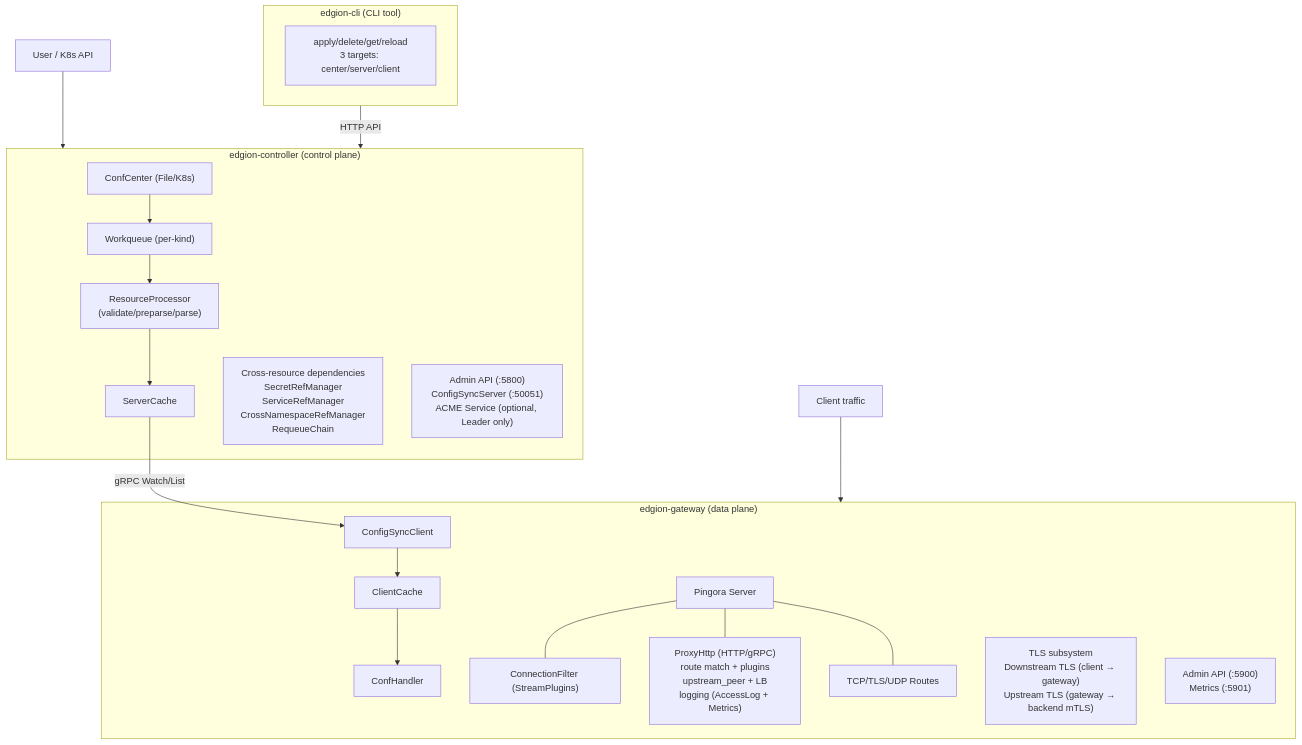
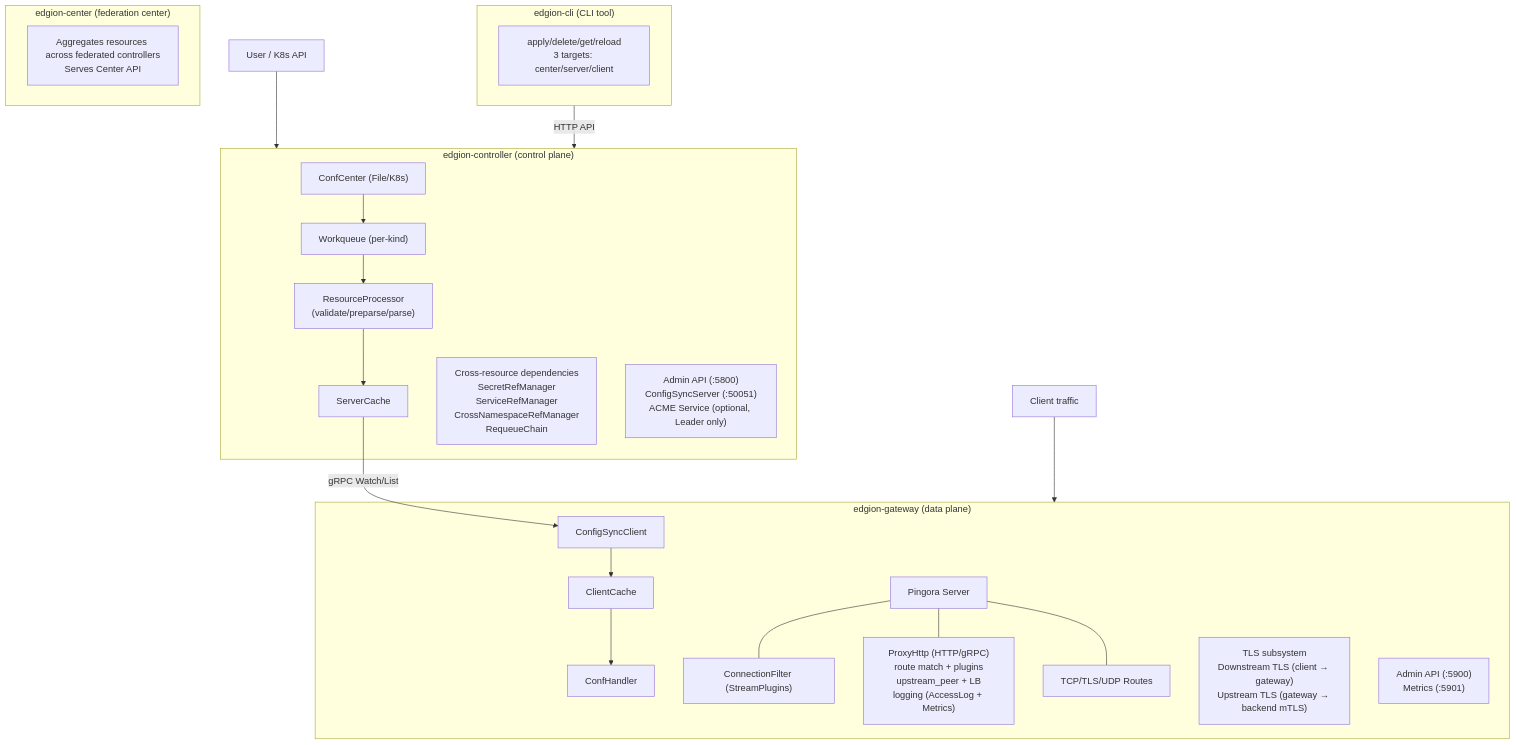
One commit to Pandaala/Edgion changed the diagram in skills/01-architecture/SKILL.md. Above: the diagram before and after it, drawn with Mermaid. The commit also changed other lines of this file and 97 other files, not shown here.

````diff
--- a/skills/01-architecture/SKILL.md
+++ b/skills/01-architecture/SKILL.md
@@ -14,34 +14,38 @@
 ```mermaid
 flowchart TD
     User["User / K8s API"] --> Controller
     Traffic["Client traffic"] --> Gateway
 
     subgraph Controller["edgion-controller (control plane)"]
         CC["ConfCenter (File/K8s)"] --> WQ["Workqueue (per-kind)"]
         WQ --> RP["ResourceProcessor\n(validate/preparse/parse)"]
         RP --> SC["ServerCache"]
         CrossRef["Cross-resource dependencies\nSecretRefManager\nServiceRefManager\nCrossNamespaceRefManager\nRequeueChain"]
         CtrlServices["Admin API (:5800)\nConfigSyncServer (:50051)\nACME Service (optional, Leader only)"]
     end
 
     SC -- "gRPC Watch/List" --> SyncClient
 
     subgraph Gateway["edgion-gateway (data plane)"]
         SyncClient["ConfigSyncClient"] --> ClientCache["ClientCache"] --> ConfHandler["ConfHandler"]
         PingoraServer["Pingora Server"]
         ConnFilter["ConnectionFilter (StreamPlugins)"]
         ProxyHttp["ProxyHttp (HTTP/gRPC)\nroute match + plugins\nupstream_peer + LB\nlogging (AccessLog + Metrics)"]
         StreamRoutes["TCP/TLS/UDP Routes"]
         PingoraServer --- ConnFilter
         PingoraServer --- ProxyHttp
         PingoraServer --- StreamRoutes
         TLS["TLS subsystem\nDownstream TLS (client → gateway)\nUpstream TLS (gateway → backend mTLS)"]
         GwServices["Admin API (:5900)\nMetrics (:5901)"]
     end
 
     subgraph CLI["edgion-cli (CLI tool)"]
         CliOps["apply/delete/get/reload\n3 targets: center/server/client"]
     end
 
+    subgraph Center["edgion-center (federation center)"]
+        CenterNode["Aggregates resources across federated controllers\nServes Center API"]
+    end
+
     CLI -- "HTTP API" --> Controller
 ```
````
